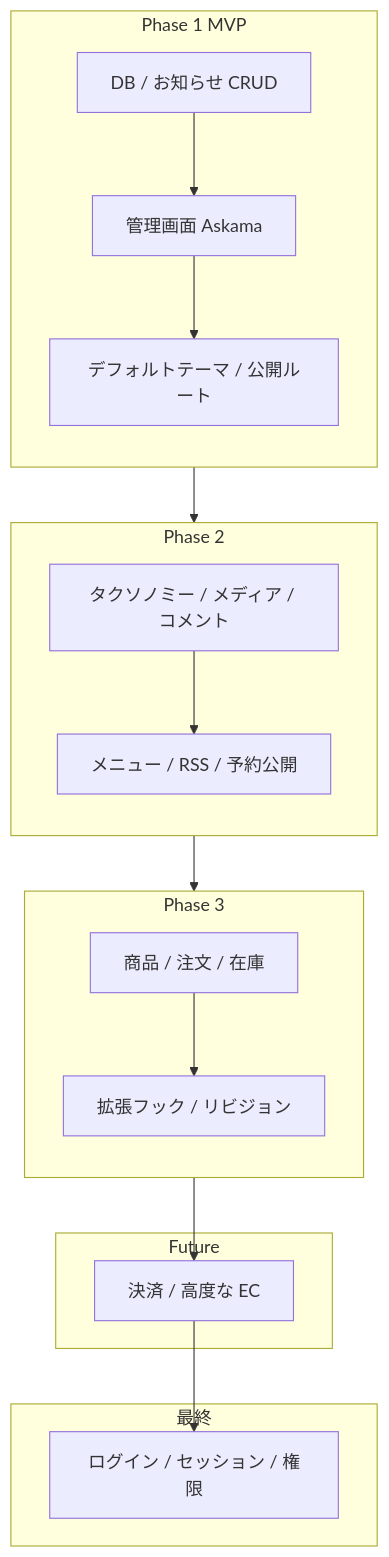
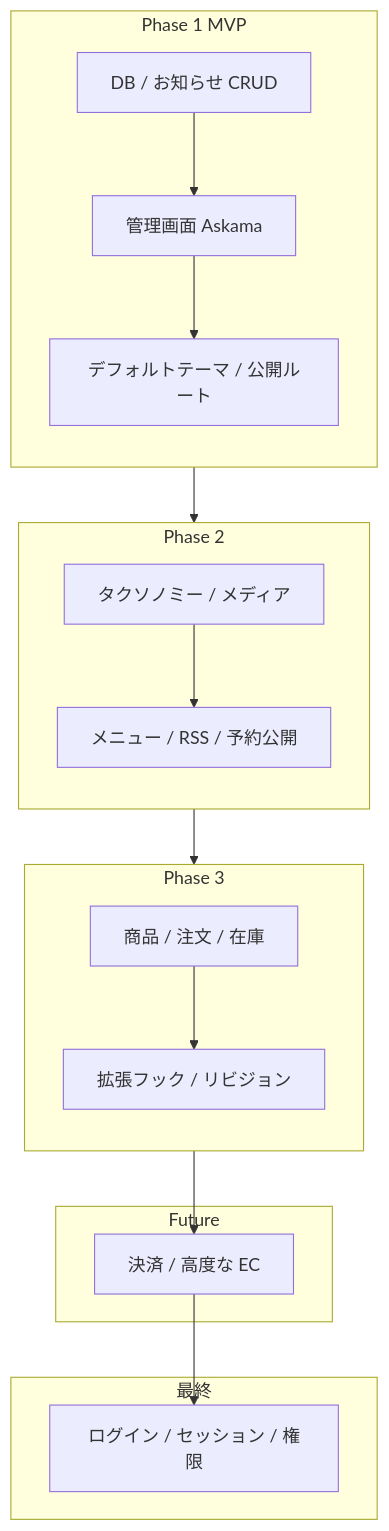
The third of 3 diagrams in doc/PLAN.md (hypernumbernet/rust-sqlite-cms), drawn with Mermaid before and after one commit. The commit also changed other lines of this file and 4 other files, not shown here.

Commit message:
Update documentation and remove comments section from schema and admin templates

````diff
--- a/doc/PLAN.md
+++ b/doc/PLAN.md
@@ -254,32 +252,32 @@
 ```mermaid
 flowchart TB
   subgraph p1 [Phase 1 MVP]
     direction TB
     p1a["DB / お知らせ CRUD"]
     p1b["管理画面 Askama"]
     p1c["デフォルトテーマ / 公開ルート"]
     p1a --> p1b --> p1c
   end
   subgraph p2 [Phase 2]
     direction TB
-    p2a["タクソノミー / メディア / コメント"]
+    p2a["タクソノミー / メディア"]
     p2b["メニュー / RSS / 予約公開"]
     p2a --> p2b
   end
   subgraph p3 [Phase 3]
     direction TB
     p3a["商品 / 注文 / 在庫"]
     p3b["拡張フック / リビジョン"]
     p3a --> p3b
   end
   subgraph p4 [Future]
     p4a["決済 / 高度な EC"]
   end
   subgraph p5 [最終]
     p5a["ログイン / セッション / 権限"]
   end
   p1c --> p2a
   p2b --> p3a
   p3b --> p4a
   p4a --> p5a
 ```
````
